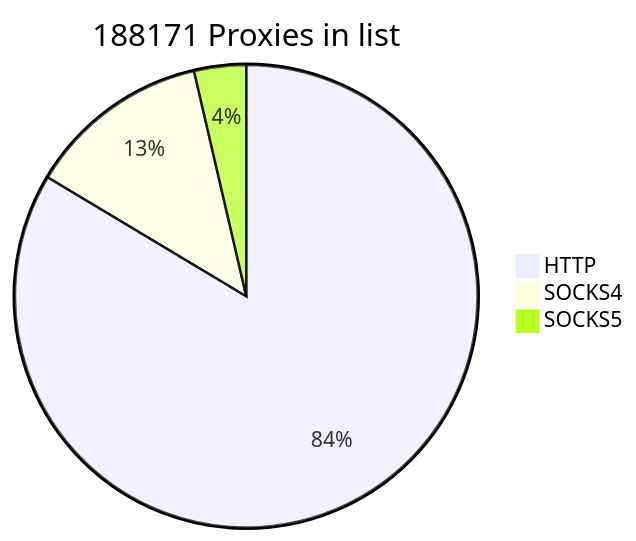
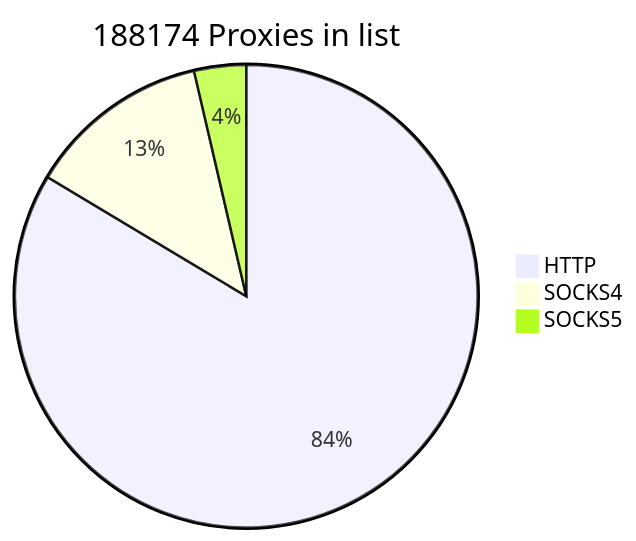
Before and after one commit to cutipu/proxylist: the first of 2 diagrams in README.md, drawn with Mermaid. The commit also changed other lines of this file, not shown here.

````diff
--- a/README.md
+++ b/README.md
@@ -2,7 +2,7 @@
 ```mermaid
-pie title 188171 Proxies in list
+pie title 188174 Proxies in list
     "HTTP" : 157297
-    "SOCKS4" : 24047
+    "SOCKS4" : 24050
     "SOCKS5" : 6827
             
 ```
````
